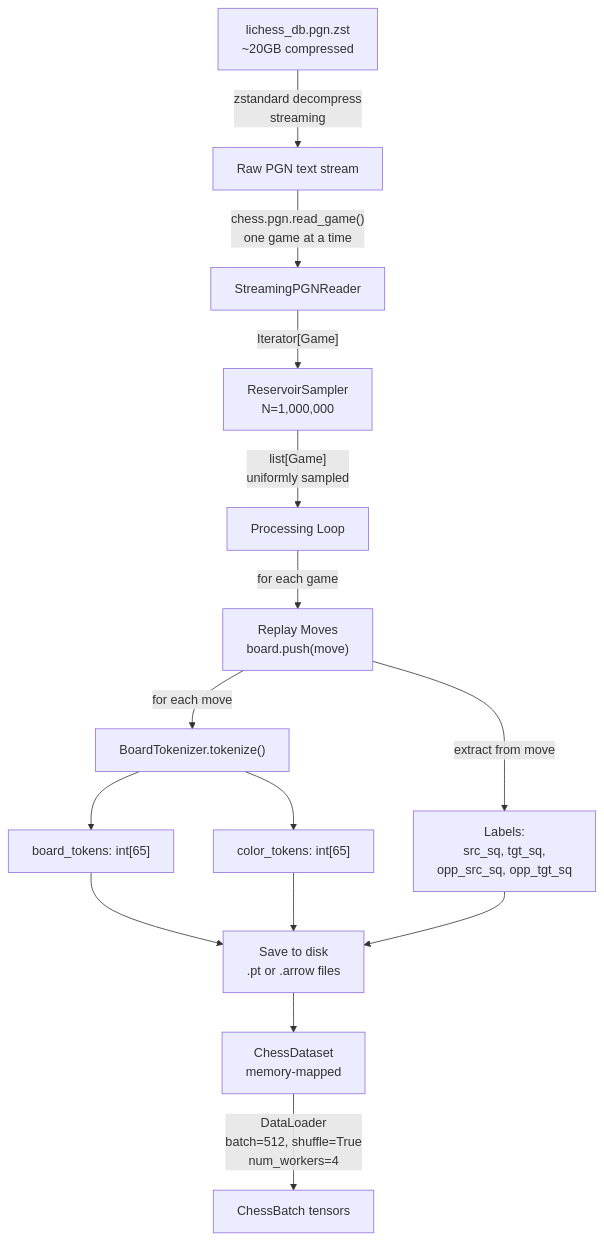
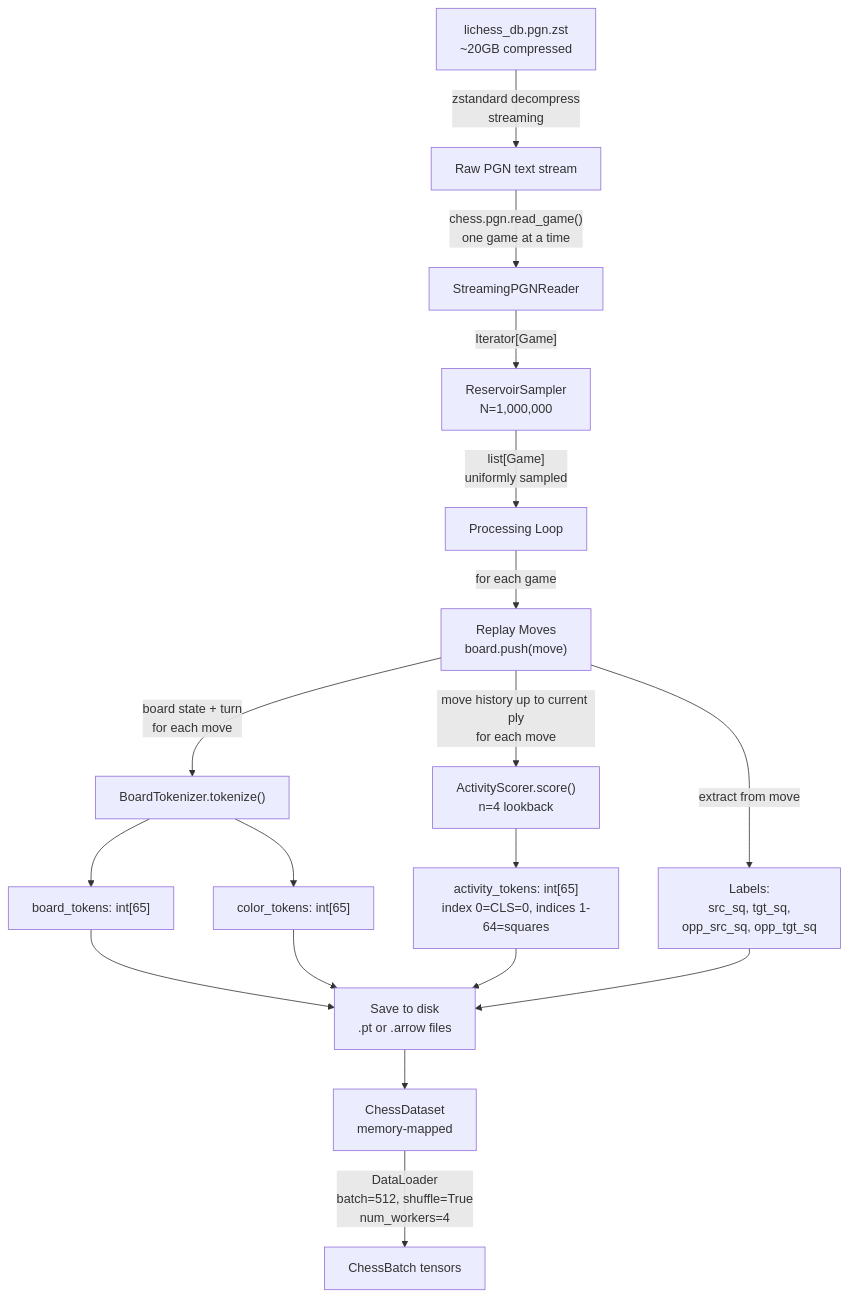
Before and after one commit to sombersomni/chess-policy-agent: the fifth of 6 diagrams in chess_encoder_final_design.md, drawn with Mermaid. The commit also changed other lines of this file, not shown here.

First line of the commit message:
Add ActivityScorer and four-stream EmbeddingLayer to encoder design

````diff
--- a/chess_encoder_final_design.md
+++ b/chess_encoder_final_design.md
@@ -225,19 +242,22 @@
 ```mermaid
 flowchart TD
     ZST["lichess_db.pgn.zst<br/>~20GB compressed"] -->|"zstandard decompress<br/>streaming"| RAW["Raw PGN text stream"]
     RAW -->|"chess.pgn.read_game()<br/>one game at a time"| SPGN["StreamingPGNReader"]
     SPGN -->|"Iterator[Game]"| RS["ReservoirSampler<br/>N=1,000,000"]
     RS -->|"list[Game]<br/>uniformly sampled"| PROC["Processing Loop"]
 
     PROC -->|"for each game"| REPLAY["Replay Moves<br/>board.push(move)"]
-    REPLAY -->|"for each move"| TOK["BoardTokenizer.tokenize()"]
+    REPLAY -->|"board state + turn<br/>for each move"| TOK["BoardTokenizer.tokenize()"]
+    REPLAY -->|"move history up to current ply<br/>for each move"| SCORER["ActivityScorer.score()<br/>n=4 lookback"]
     TOK --> BT["board_tokens: int[65]"]
     TOK --> CT["color_tokens: int[65]"]
+    SCORER --> AT["activity_tokens: int[65]<br/>index 0=CLS=0, indices 1-64=squares"]
     REPLAY -->|"extract from move"| LABELS["Labels:<br/>src_sq, tgt_sq,<br/>opp_src_sq, opp_tgt_sq"]
 
     BT --> SAVE["Save to disk<br/>.pt or .arrow files"]
     CT --> SAVE
+    AT --> SAVE
     LABELS --> SAVE
     SAVE --> DS["ChessDataset<br/>memory-mapped"]
     DS -->|"DataLoader<br/>batch=512, shuffle=True<br/>num_workers=4"| BATCH["ChessBatch tensors"]
 ```
````
